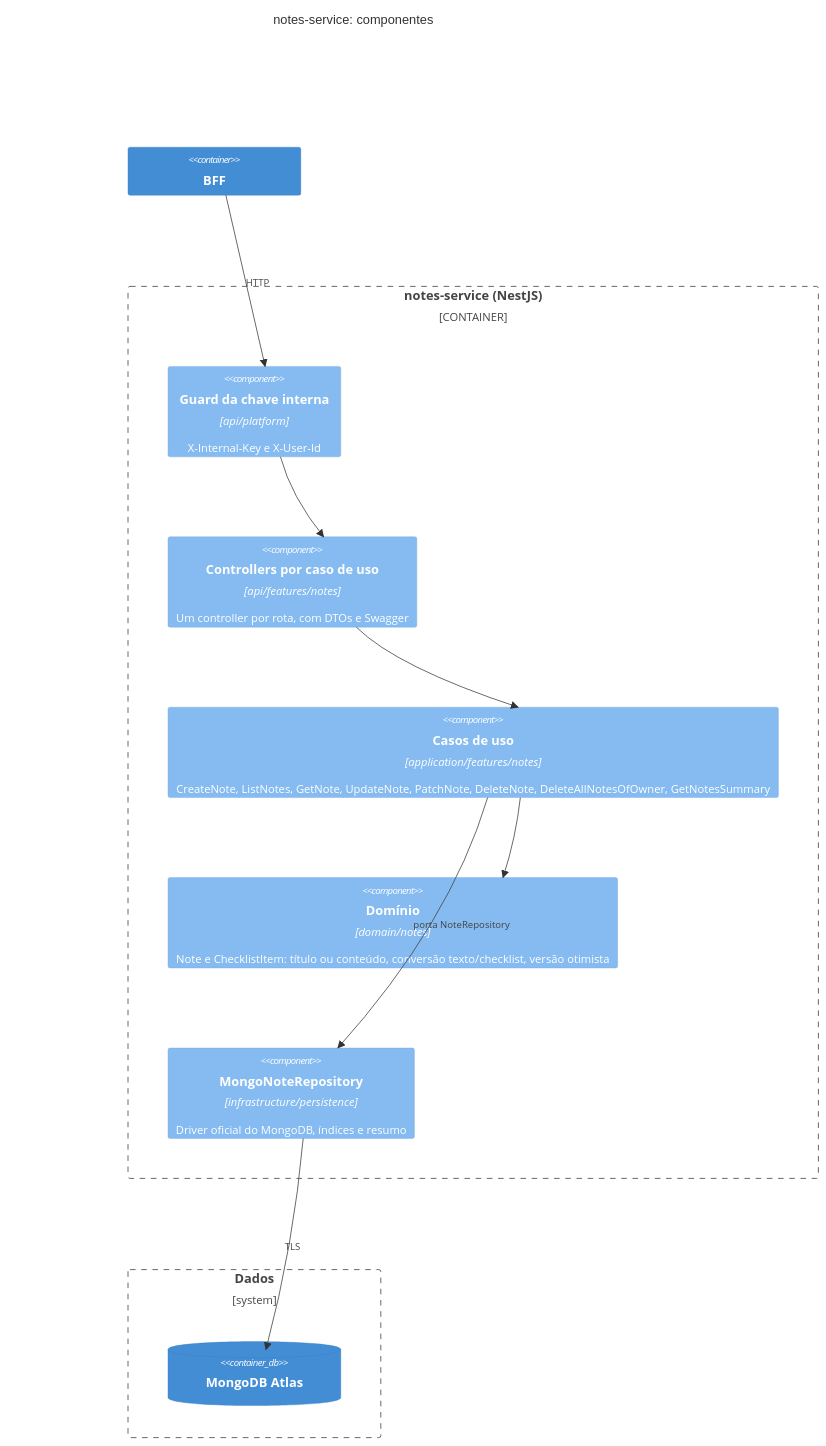
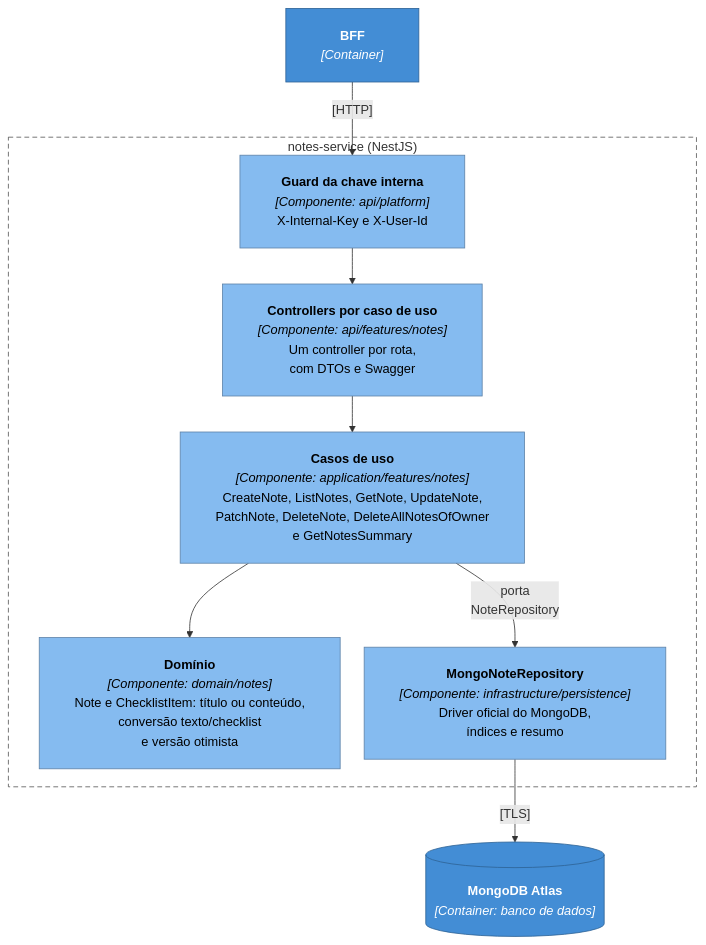
Before and after one commit to Carloslgp/Ghosty_App_Web: the fourth of 6 diagrams in ghosty-docs/c4/README.md, drawn with Mermaid. The commit also changed other lines of this file and 3 other files, not shown here.

First line of the commit message:
docs(DOC-05): diagramas do C4 e de sequência sem sobreposição no PDF

````diff
--- a/ghosty-docs/c4/README.md
+++ b/ghosty-docs/c4/README.md
@@ -115,24 +140,32 @@
 ```mermaid
-C4Component
-  title notes-service: componentes
+---
+config:
+  flowchart:
+    wrappingWidth: 420
+    nodeSpacing: 30
+    rankSpacing: 45
+    padding: 22
+---
+flowchart TB
+  classDef container fill:#438dd5,stroke:#2e6295,color:#fff
+  classDef component fill:#85bbf0,stroke:#5d82a8,color:#000
 
-  Container(bff, "BFF")
-  Container_Boundary(ns, "notes-service (NestJS)") {
-    Component(guard, "Guard da chave interna", "api/platform", "X-Internal-Key e X-User-Id")
-    Component(controllers, "Controllers por caso de uso", "api/features/notes", "Um controller por rota, com DTOs e Swagger")
-    Component(handlers, "Casos de uso", "application/features/notes", "CreateNote, ListNotes, GetNote, UpdateNote, PatchNote, DeleteNote, DeleteAllNotesOfOwner, GetNotesSummary")
-    Component(domain, "Domínio", "domain/notes", "Note e ChecklistItem: título ou conteúdo, conversão texto/checklist, versão otimista")
-    Component(repo, "MongoNoteRepository", "infrastructure/persistence", "Driver oficial do MongoDB, índices e resumo")
-  }
-  Boundary(data, "Dados") {
-    ContainerDb(mongo, "MongoDB Atlas")
-  }
+  bff["<b>BFF</b><br><i>[Container]</i>"]:::container
+  subgraph nsb["notes-service (NestJS)"]
+    guard["<b>Guard da chave interna</b><br><i>[Componente: api/platform]</i><br>X-Internal-Key e X-User-Id"]:::component
+    controllers["<b>Controllers por caso de uso</b><br><i>[Componente: api/features/notes]</i><br>Um controller por rota,<br>com DTOs e Swagger"]:::component
+    handlers["<b>Casos de uso</b><br><i>[Componente: application/features/notes]</i><br>CreateNote, ListNotes, GetNote, UpdateNote,<br>PatchNote, DeleteNote, DeleteAllNotesOfOwner<br>e GetNotesSummary"]:::component
+    domain["<b>Domínio</b><br><i>[Componente: domain/notes]</i><br>Note e ChecklistItem: título ou conteúdo,<br>conversão texto/checklist<br>e versão otimista"]:::component
+    repo["<b>MongoNoteRepository</b><br><i>[Componente: infrastructure/persistence]</i><br>Driver oficial do MongoDB,<br>índices e resumo"]:::component
+  end
+  mongo[("<b>MongoDB Atlas</b><br><i>[Container: banco de dados]</i>")]:::container
 
-  Rel(bff, guard, "HTTP")
-  Rel(guard, controllers, "")
-  Rel(controllers, handlers, "")
-  Rel(handlers, domain, "")
-  Rel(handlers, repo, "porta NoteRepository")
-  Rel(repo, mongo, "TLS")
-  UpdateLayoutConfig($c4ShapeInRow="2", $c4BoundaryInRow="1")
+  bff -->|"[HTTP]"| guard
+  guard --> controllers
+  controllers --> handlers
+  handlers --> domain
+  handlers -->|"porta<br>NoteRepository"| repo
+  repo -->|"[TLS]"| mongo
+
+  style nsb fill:none,stroke:#555,stroke-dasharray:6 4
 ```
````
